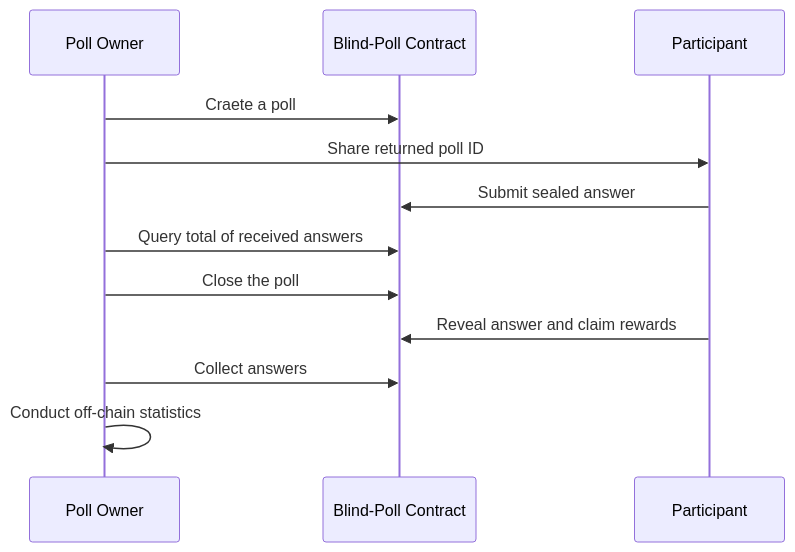
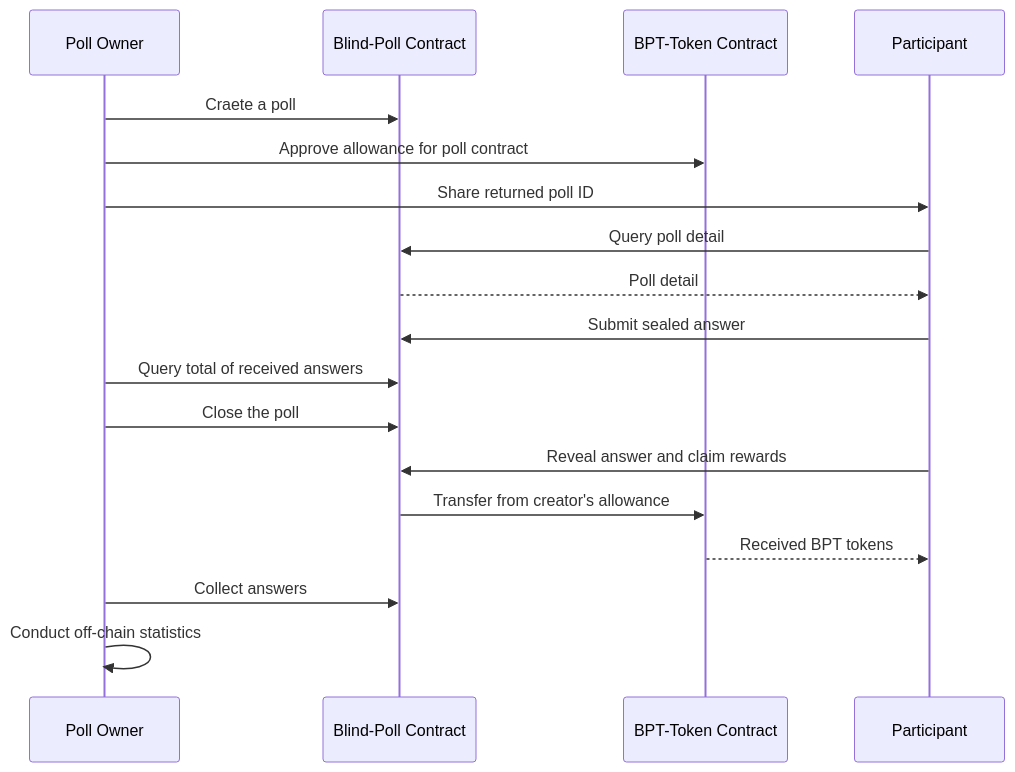
One commit to zexxlin/clarity-blind-poll changed the diagram in README.md. Above: the diagram before and after it, drawn with Mermaid. The commit also changed other lines of this file and 5 other files, not shown here.

Commit message:
feat: finish dev of token claim

````diff
--- a/README.md
+++ b/README.md
@@ -38,15 +46,22 @@
 ```mermaid
 sequenceDiagram
     participant A as Poll Owner
     participant B as Blind-Poll Contract
-    participant C as Participant
+    participant C as BPT-Token Contract
+    participant D as Participant
+
 
     A ->> B: Craete a poll
-    A ->> C: Share returned poll ID
-    C ->> B: Submit sealed answer
+    A ->> C: Approve allowance for poll contract
+    A ->> D: Share returned poll ID
+    D ->> B: Query poll detail
+    B -->> D: Poll detail
+    D ->> B: Submit sealed answer
     A ->> B: Query total of received answers
     A ->> B: Close the poll
-    C ->> B: Reveal answer and claim rewards
+    D ->> B: Reveal answer and claim rewards
+    B ->> C: Transfer from creator's allowance
+    C -->> D: Received BPT tokens
     A ->> B: Collect answers
     A ->> A: Conduct off-chain statistics
 ```
````
